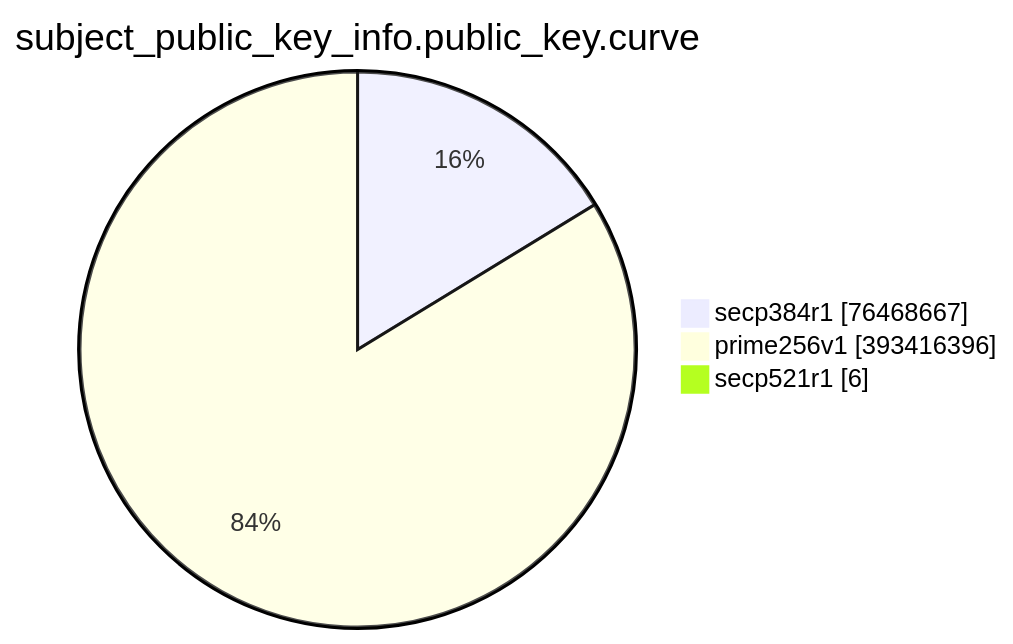
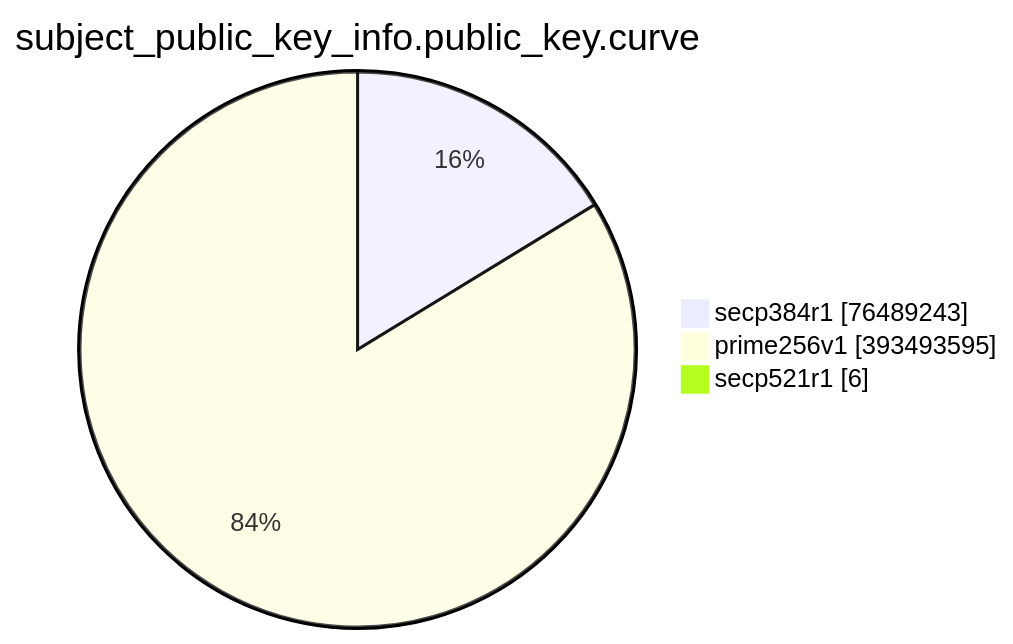
One commit to christiankrug/ctmonitor_visualization changed the eighth of 15 diagrams in TOTAL/README.md. Above: the diagram before and after it, drawn with Mermaid. The commit also changed other lines of this file, not shown here.

````diff
--- a/TOTAL/README.md
+++ b/TOTAL/README.md
@@ -3094,7 +3094,7 @@
 ```mermaid
 pie showData
 title subject_public_key_info.public_key.curve
-"secp384r1" :76468667
-"prime256v1" :393416396
+"secp384r1" :76489243
+"prime256v1" :393493595
 "secp521r1" :6
 ```
````
